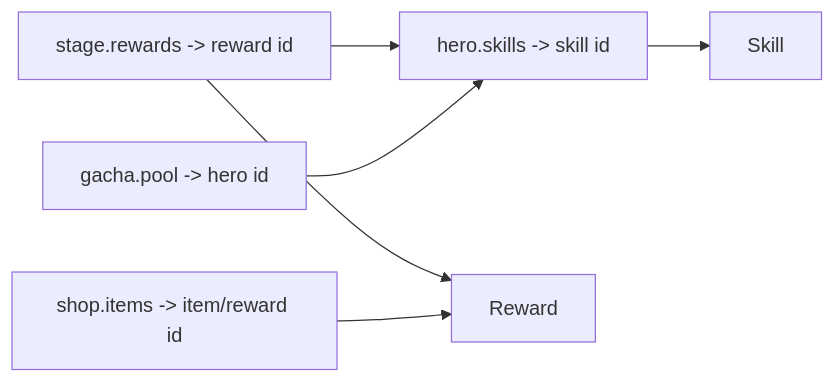
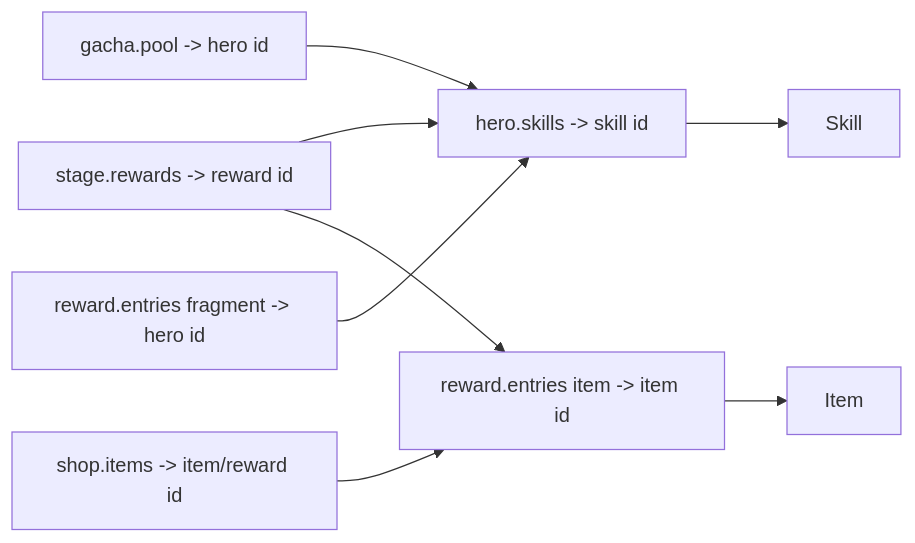
One commit to NamTran-Dev-2712/game-turn-battle changed the diagram in docs/gameplay/configuration-and-data.md. Above: the diagram before and after it, drawn with Mermaid. The commit also changed other lines of this file and 82 other files, not shown here.

````diff
--- a/docs/gameplay/configuration-and-data.md
+++ b/docs/gameplay/configuration-and-data.md
@@ -47,8 +49,10 @@
 ```mermaid
 flowchart LR
     Hero[hero.skills -> skill id] --> Skill
     Stage[stage.enemies -> hero/enemy id] --> Hero
     Stage[stage.rewards -> reward id] --> Reward
     Gacha[gacha.pool -> hero id] --> Hero
     Shop[shop.items -> item/reward id] --> Reward
+    Reward[reward.entries item -> item id] --> Item
+    Reward2[reward.entries fragment -> hero id] --> Hero
 ```
````
